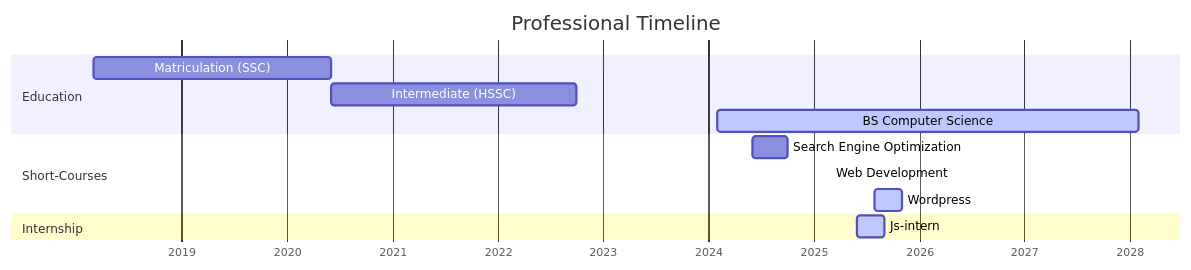
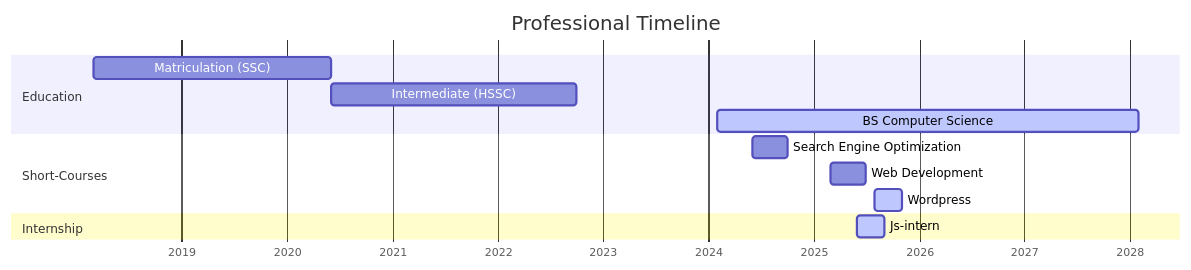
Before and after one commit to ahmadubaid061/ahmadubaid061: the diagram in README.md, drawn with Mermaid.

````diff
--- a/README.md
+++ b/README.md
@@ -58,21 +58,21 @@
 ```mermaid
 gantt
     title Professional Timeline
     dateFormat  YYYY-MM
     axisFormat %Y
     
     section Education
     Matriculation (SSC) :a1, 2018-03, 2020-06
     Intermediate (HSSC) :a2, after a1, 2022-10
     BS Computer Science :active, a3, 2024-02, 2028-02
     
 
     section Short-Courses
     Search Engine Optimization:a4, 2024-06,2024-10
-    Web Development :a5, 2025-03,2025-7
+    Web Development :a5, 2025-03,2025-07
     Wordpress :active, a7,2025-08,2025-11
 
     section Internship
     Js-intern  :active, a6,2025-06,2025-09
     
 ```
````
